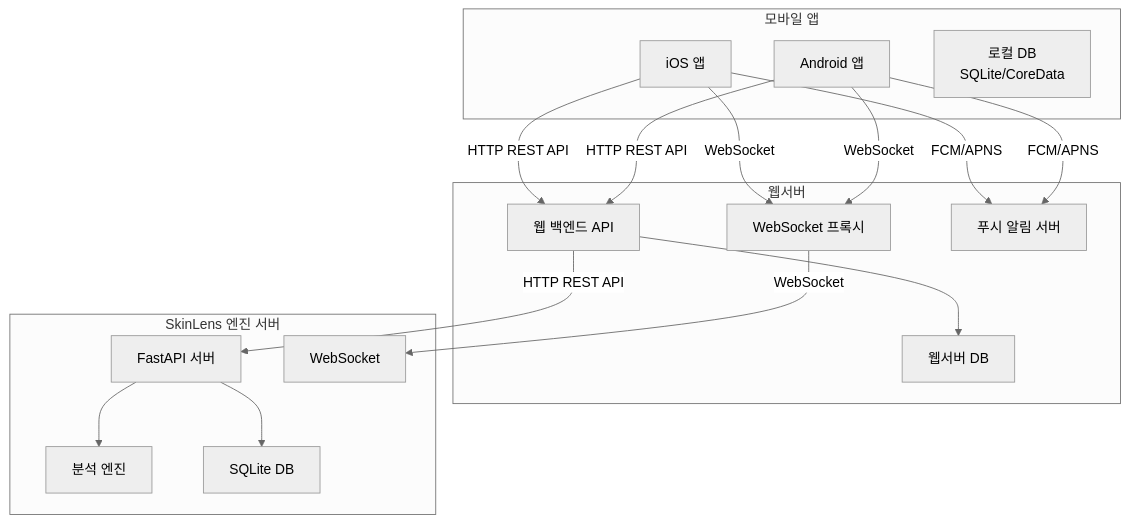
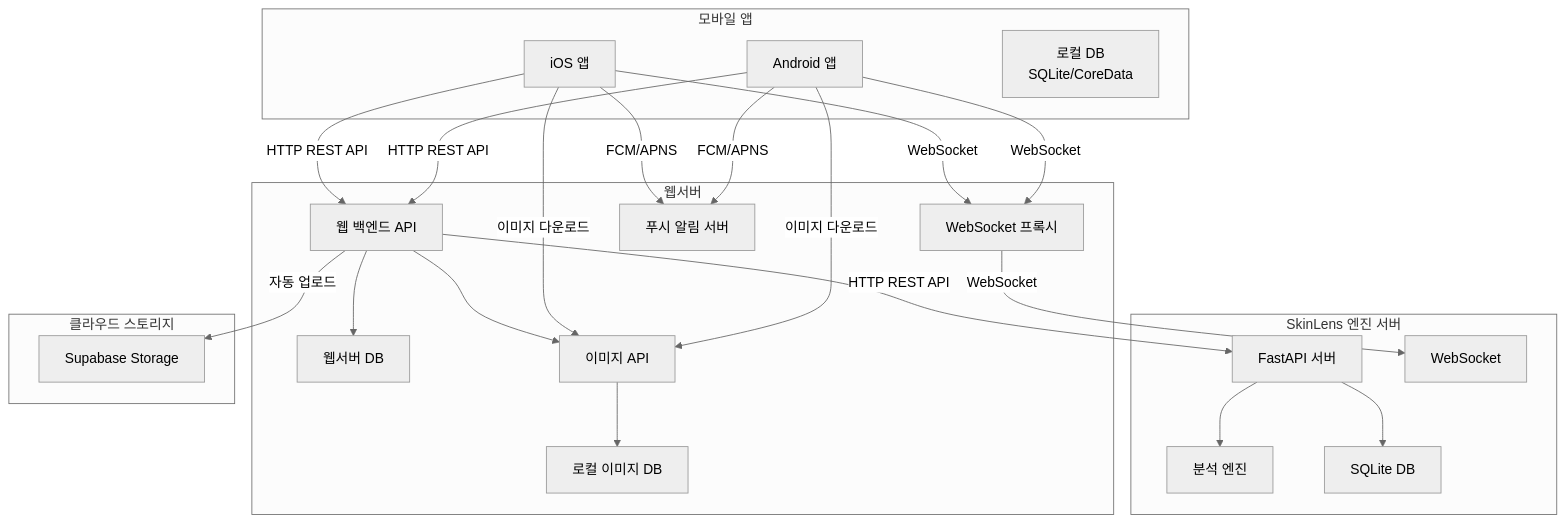
Before and after one commit to coteleafdev/SkinLens: the diagram in docs/guides/MOBILE_APP_INTEGRATION_GUIDE.md, drawn with Mermaid (neutral theme). The commit also changed other lines of this file, not shown here.

````diff
--- a/docs/guides/MOBILE_APP_INTEGRATION_GUIDE.md
+++ b/docs/guides/MOBILE_APP_INTEGRATION_GUIDE.md
@@ -31,35 +33,46 @@
 ```mermaid
 graph TB
     subgraph "모바일 앱"
         A1[iOS 앱]
         A2[Android 앱]
         A3[로컬 DB<br/>SQLite/CoreData]
     end
     
     subgraph "웹서버"
         C1[웹 백엔드 API]
         C2[웹서버 DB]
         C3[WebSocket 프록시]
         C4[푸시 알림 서버]
+        C5[이미지 API]
+        C6[로컬 이미지 DB]
     end
     
     subgraph "SkinLens 엔진 서버"
         B1[FastAPI 서버]
         B2[분석 엔진]
         B3[SQLite DB]
         B4[WebSocket]
+    end
+    
+    subgraph "클라우드 스토리지"
+        D1[Supabase Storage]
     end
     
     A1 -->|HTTP REST API| C1
     A2 -->|HTTP REST API| C1
     A1 -->|WebSocket| C3
     A2 -->|WebSocket| C3
     A1 -->|FCM/APNS| C4
     A2 -->|FCM/APNS| C4
     
     C1 -->|HTTP REST API| B1
     C3 -->|WebSocket| B4
     B1 --> B2
     B1 --> B3
     C1 --> C2
+    C1 --> C5
+    C5 --> C6
+    C1 -->|자동 업로드| D1
+    A1 -->|이미지 다운로드| C5
+    A2 -->|이미지 다운로드| C5
 ```
````
